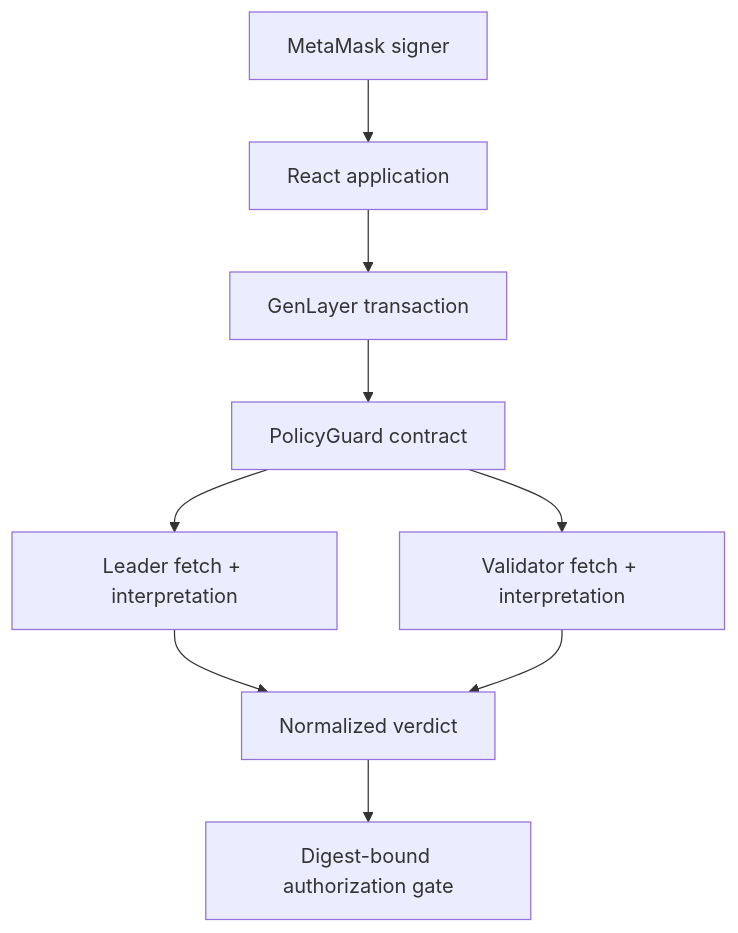
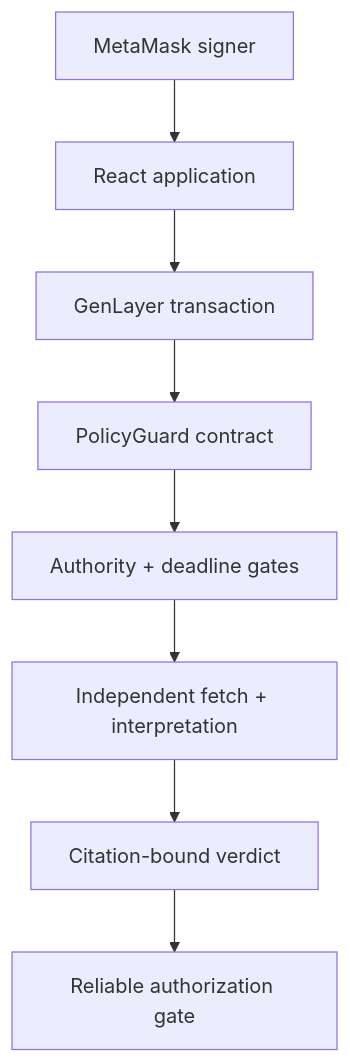
One commit to haris4587/PolicyGuard changed the diagram in docs/ARCHITECTURE.md. Above: the diagram before and after it, drawn with Mermaid. The commit also changed other lines of this file and 14 other files, not shown here.

````diff
--- a/docs/ARCHITECTURE.md
+++ b/docs/ARCHITECTURE.md
@@ -7,11 +7,10 @@
 ```mermaid
 flowchart TD
     A["MetaMask signer"] --> B["React application"]
     B --> C["GenLayer transaction"]
     C --> D["PolicyGuard contract"]
-    D --> E["Leader fetch + interpretation"]
-    D --> F["Validator fetch + interpretation"]
-    E --> G["Normalized verdict"]
+    D --> E["Authority + deadline gates"]
+    E --> F["Independent fetch + interpretation"]
     F --> G
-    G --> H["Digest-bound authorization gate"]
+    G["Citation-bound verdict"] --> H["Reliable authorization gate"]
 ```
````
